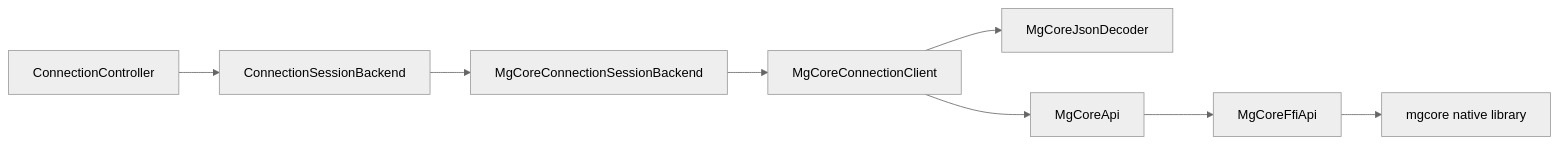
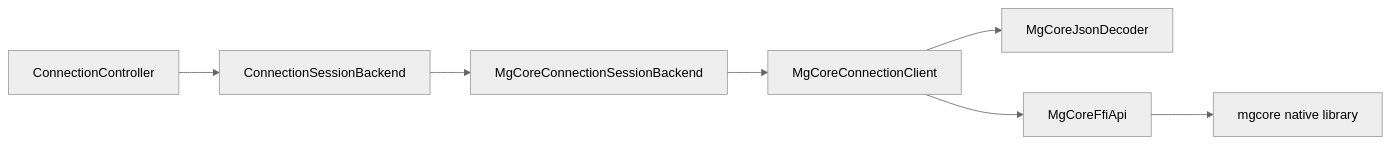
The second of 2 diagrams in docs/ARCHITECTURE.md (mofu2003/M-GCS), drawn with Mermaid (neutral theme) before and after one commit. The commit also changed other lines of this file and 119 other files, not shown here.

````diff
--- a/docs/ARCHITECTURE.md
+++ b/docs/ARCHITECTURE.md
@@ -207,19 +216,17 @@
 ```mermaid
 flowchart LR
     Controller["ConnectionController"]
     Contract["ConnectionSessionBackend"]
     Backend["MgCoreConnectionSessionBackend"]
     Client["MgCoreConnectionClient"]
     Decoder["MgCoreJsonDecoder"]
-    Api["MgCoreApi"]
     Ffi["MgCoreFfiApi"]
     Native["mgcore native library"]
 
     Controller --> Contract
     Contract --> Backend
     Backend --> Client
     Client --> Decoder
-    Client --> Api
-    Api --> Ffi
+    Client --> Ffi
     Ffi --> Native
 ```
````
